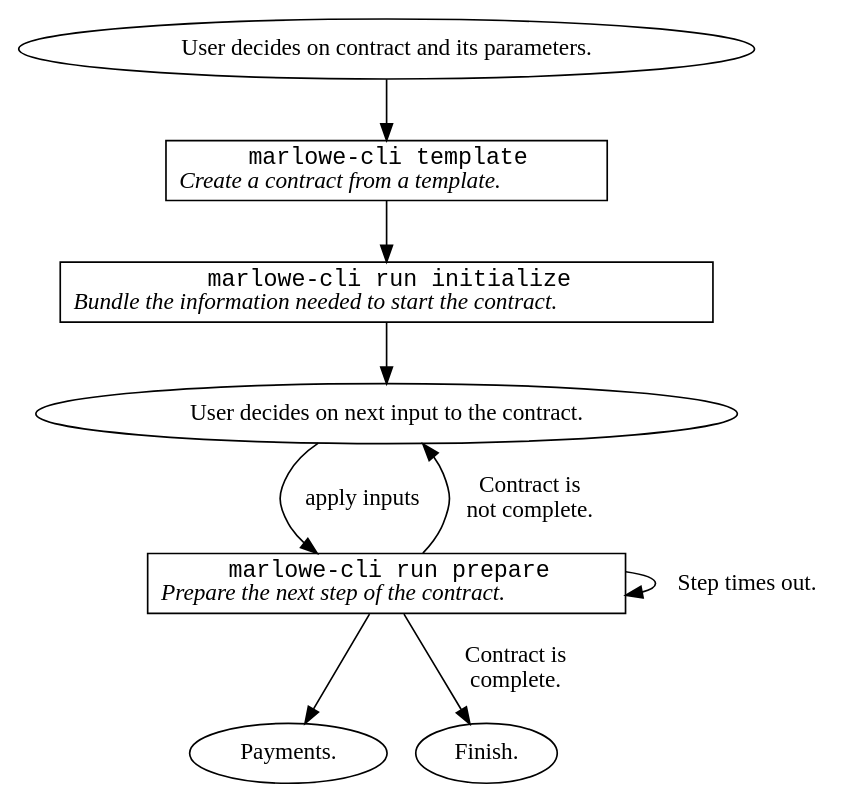
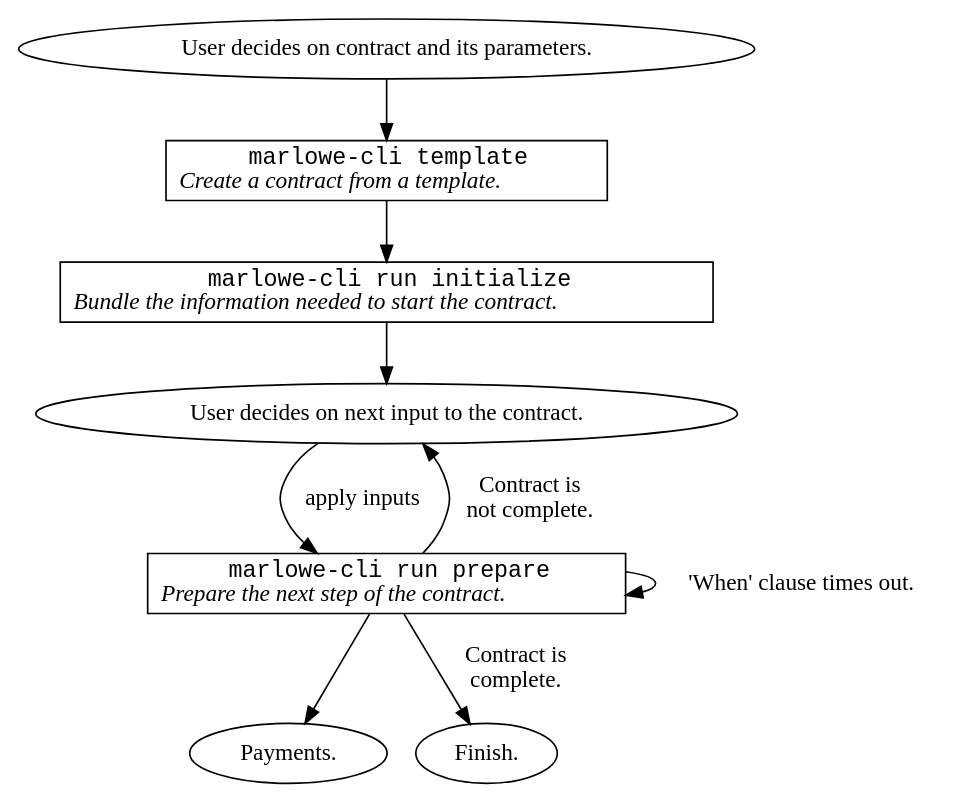
The diagram in diagrams/high-level-abstract.dot (input-output-hk/real-world-marlowe), drawn with Graphviz before and after one commit. The commit also changed 22 other files, not shown here.

```diff
--- a/diagrams/high-level-abstract.dot
+++ b/diagrams/high-level-abstract.dot
@@ -1,45 +1,45 @@
 digraph HighLevelAbstract {
 
 
 node [shape=box]
 
 
 UserSelect [shape=oval label="User decides on contract and its parameters."]
 
 
 Template [label=<<font face="monospace">marlowe-cli template</font><br/><i>Create a contract from a template.</i>>]
 
 UserSelect -> Template
 
 
 Initialize [label=<<font face="monospace">marlowe-cli run initialize</font><br/><i>Bundle the information needed to start the contract.</i>>]
 
 Template -> Initialize
 
 
 Payments [shape=oval label="Payments."]
 
 Prepare -> Payments
 
 
 UserInput [shape=oval label="User decides on next input to the contract."]
 
 Initialize -> UserInput
 
 Prepare -> UserInput [label="Contract is\nnot complete."]
 
 
 Prepare [label=<<font face="monospace">marlowe-cli run prepare</font><br/><i>Prepare the next step of the contract.</i>>]
 
 UserInput -> Prepare [label="apply inputs"]
 
 
-Prepare -> Prepare [label="Step times out."]
+Prepare -> Prepare [label="'When' clause times out."]
 
 
 Close [shape=oval label="Finish."]
 
 Prepare -> Close [label="Contract is\ncomplete."]
 
 
 }
```
